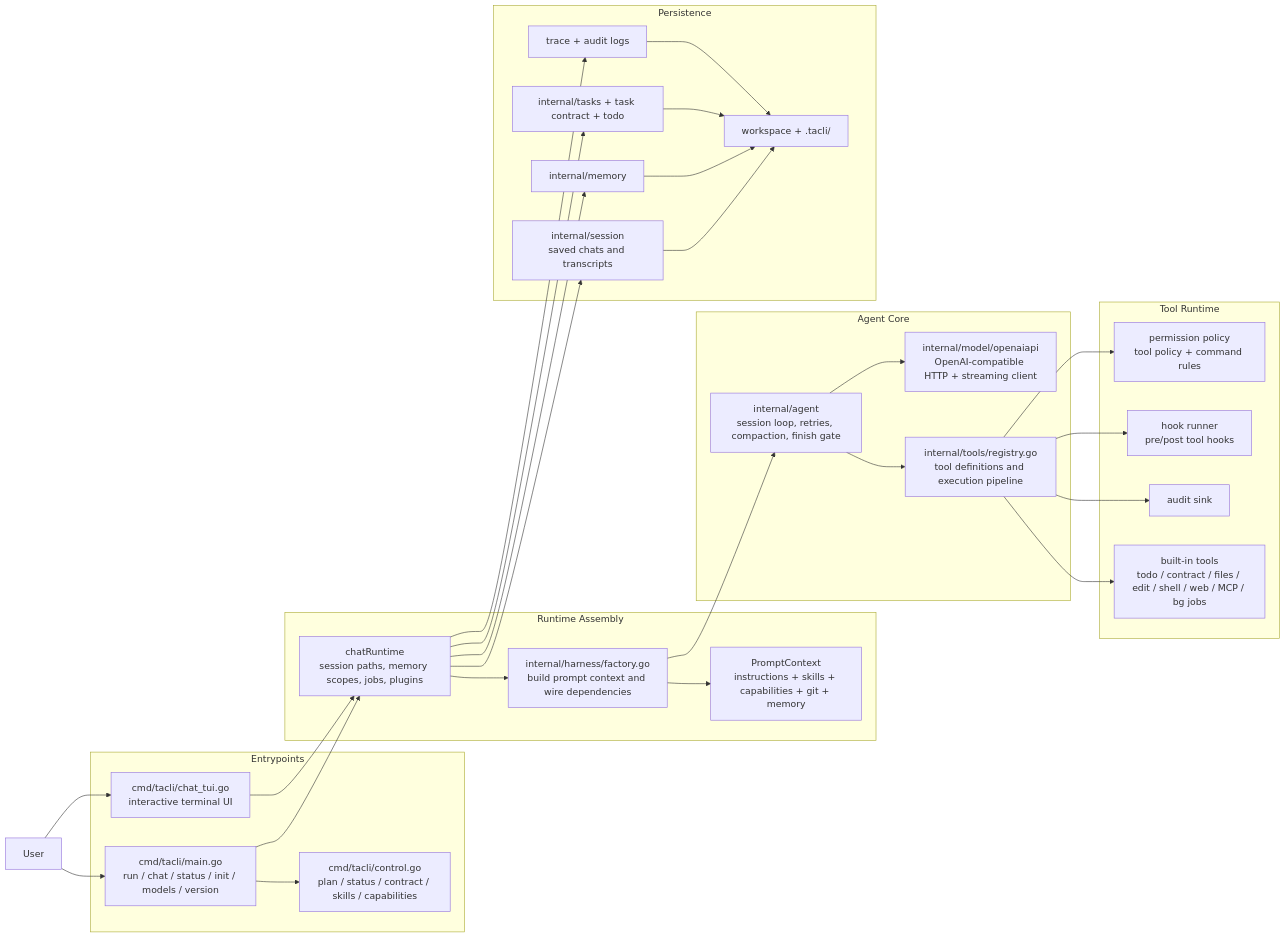
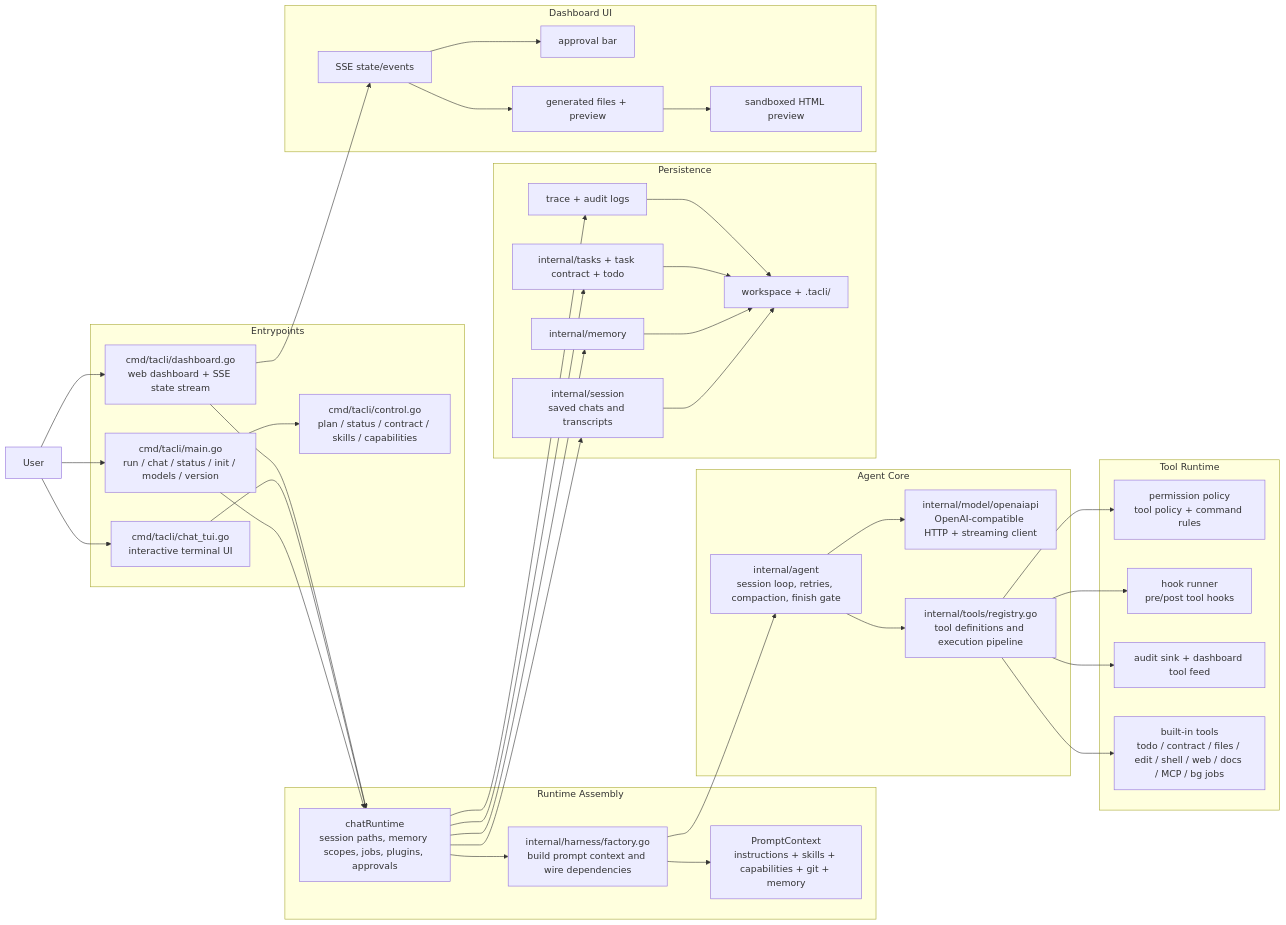
Before and after one commit to axeprpr/tiny-agent-cli: the first of 4 diagrams in README.md, drawn with Mermaid. The commit also changed other lines of this file and 4 other files, not shown here.

Commit message:
Add dashboard HTML preview and refresh docs

````diff
--- a/README.md
+++ b/README.md
@@ -18,60 +29,74 @@
 ```mermaid
 flowchart LR
     user[User]
 
     subgraph entry[Entrypoints]
         cli["cmd/tacli/main.go<br/>run / chat / status / init / models / version"]
         tui["cmd/tacli/chat_tui.go<br/>interactive terminal UI"]
+        dashboard["cmd/tacli/dashboard.go<br/>web dashboard + SSE state stream"]
         control["cmd/tacli/control.go<br/>plan / status / contract / skills / capabilities"]
     end
 
     subgraph runtime[Runtime Assembly]
-        chatrt["chatRuntime<br/>session paths, memory scopes, jobs, plugins"]
+        chatrt["chatRuntime<br/>session paths, memory scopes, jobs, plugins, approvals"]
         factory["internal/harness/factory.go<br/>build prompt context and wire dependencies"]
         prompt["PromptContext<br/>instructions + skills + capabilities + git + memory"]
     end
 
     subgraph core[Agent Core]
         agent["internal/agent<br/>session loop, retries, compaction, finish gate"]
         model["internal/model/openaiapi<br/>OpenAI-compatible HTTP + streaming client"]
         registry["internal/tools/registry.go<br/>tool definitions and execution pipeline"]
     end
 
     subgraph tooling[Tool Runtime]
         permission["permission policy<br/>tool policy + command rules"]
         hooks["hook runner<br/>pre/post tool hooks"]
-        audit["audit sink"]
-        tools["built-in tools<br/>todo / contract / files / edit / shell / web / MCP / bg jobs"]
+        audit["audit sink + dashboard tool feed"]
+        tools["built-in tools<br/>todo / contract / files / edit / shell / web / docs / MCP / bg jobs"]
     end
 
     subgraph state[Persistence]
         session["internal/session<br/>saved chats and transcripts"]
         memory["internal/memory"]
         tasks["internal/tasks + task contract + todo"]
         trace["trace + audit logs"]
         disk["workspace + .tacli/"]
     end
 
+    subgraph webui[Dashboard UI]
+        sse["SSE state/events"]
+        approvals["approval bar"]
+        files["generated files + preview"]
+        preview["sandboxed HTML preview"]
+    end
+
     user --> cli
     user --> tui
+    user --> dashboard
     cli --> control
     cli --> chatrt
     tui --> chatrt
+    dashboard --> chatrt
+    dashboard --> sse
+    sse --> approvals
+    sse --> files
+    files --> preview
     chatrt --> factory
     factory --> prompt
     factory --> agent
     agent --> model
     agent --> registry
     registry --> permission
     registry --> hooks
     registry --> audit
     registry --> tools
     chatrt --> session
     chatrt --> memory
     chatrt --> tasks
     chatrt --> trace
     session --> disk
     memory --> disk
     tasks --> disk
     trace --> disk
 ```
````
